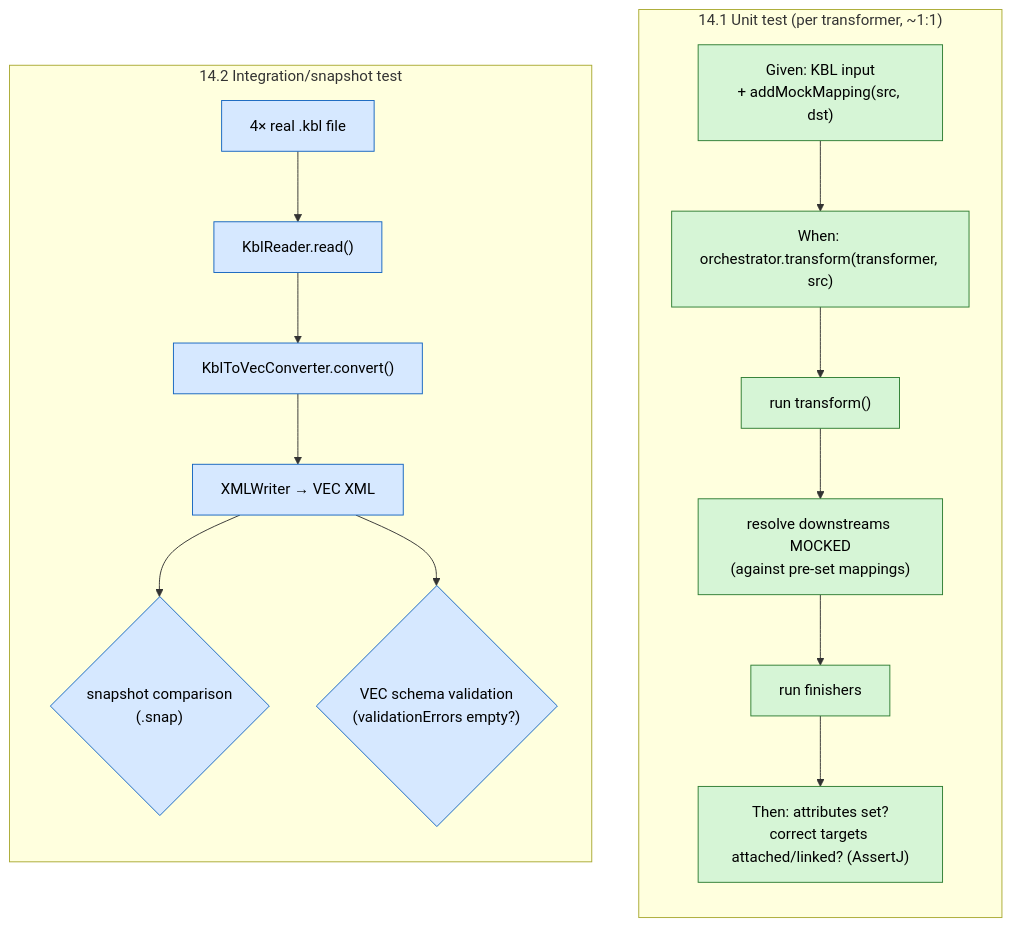
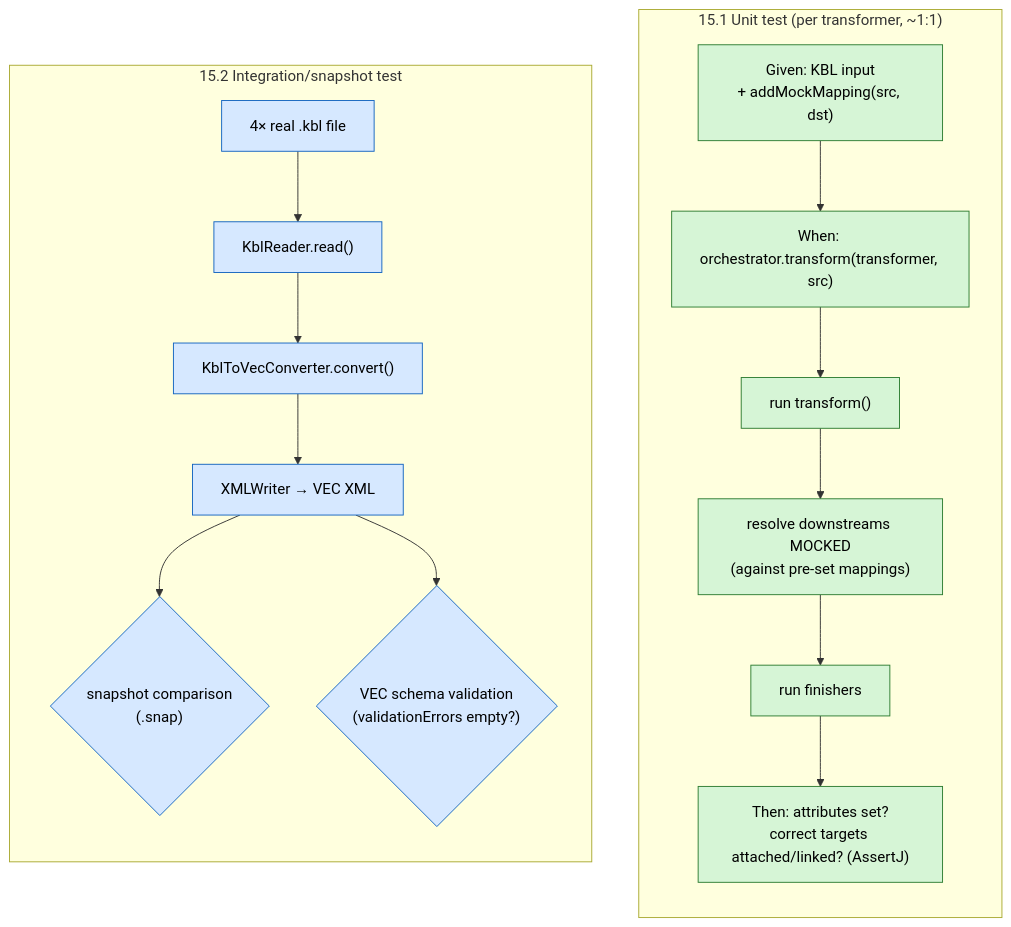
The eighth of 8 diagrams in kbl2vec/ARCHITECTURE.md (4Soft-de/harness-model), drawn with Mermaid before and after one commit. The commit also changed other lines of this file and 1 other file, not shown here.

First line of the commit message:
docs(kbl2vec): document the design rationale of the two-phase architecture

````diff
--- a/kbl2vec/ARCHITECTURE.md
+++ b/kbl2vec/ARCHITECTURE.md
@@ -631,25 +887,25 @@
 ```mermaid
 flowchart TB
-    subgraph UNIT["14.1 Unit test (per transformer, ~1:1)"]
+    subgraph UNIT["15.1 Unit test (per transformer, ~1:1)"]
         direction TB
         G["Given: KBL input<br/>+ addMockMapping(src, dst)"] --> W["When: orchestrator.transform(transformer, src)"]
         W --> T1["run transform()"]
         T1 --> T2["resolve downstreams MOCKED<br/>(against pre-set mappings)"]
         T2 --> T3["run finishers"]
         T3 --> Th["Then: attributes set?<br/>correct targets attached/linked? (AssertJ)"]
     end
 
-    subgraph E2E["14.2 Integration/snapshot test"]
+    subgraph E2E["15.2 Integration/snapshot test"]
         direction TB
         K["4× real .kbl file"] --> R["KblReader.read()"]
         R --> C["KblToVecConverter.convert()"]
         C --> X["XMLWriter → VEC XML"]
         X --> S{"snapshot comparison<br/>(.snap)"}
         X --> V{"VEC schema validation<br/>(validationErrors empty?)"}
     end
 
     classDef unit fill:#d6f5d6,stroke:#2e7d32,color:#000;
     classDef e2e fill:#d6e8ff,stroke:#1565c0,color:#000;
     class G,W,T1,T2,T3,Th unit;
     class K,R,C,X,S,V e2e;
 ```
````
